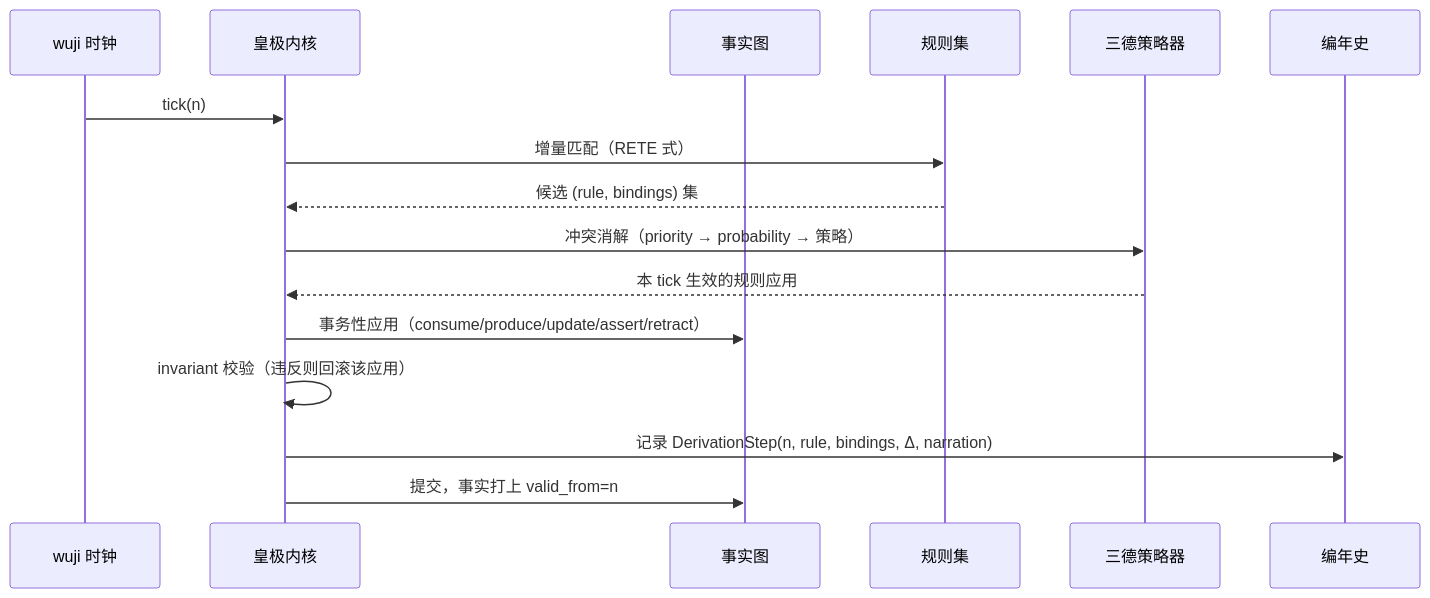
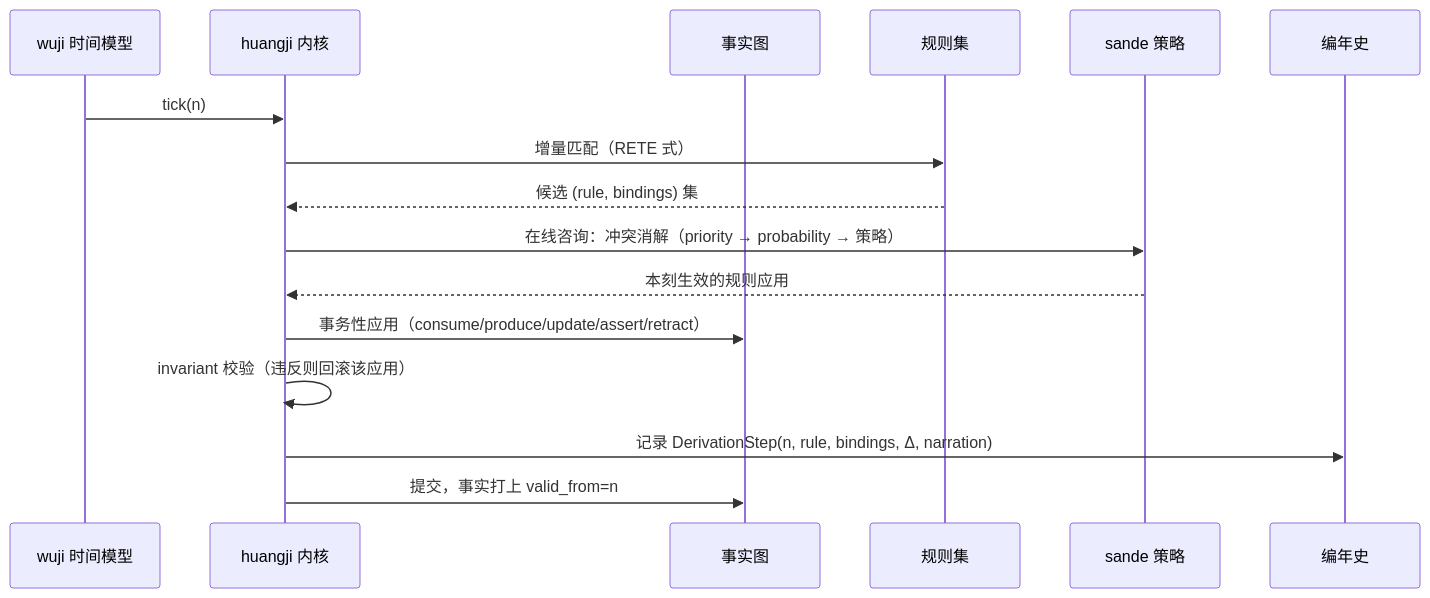
The second of 3 diagrams in DESIGN.md (lykling/hongfan), drawn with Mermaid before and after one commit. The commit also changed other lines of this file, not shown here.

````diff
--- a/DESIGN.md
+++ b/DESIGN.md
@@ -260,18 +321,18 @@
 ```mermaid
 sequenceDiagram
-    participant CLK as wuji 时钟
-    participant M as 皇极内核
+    participant CLK as wuji 时间模型
+    participant M as huangji 内核
     participant FB as 事实图
     participant R as 规则集
-    participant P as 三德策略器
+    participant P as sande 策略
     participant L as 编年史
     CLK->>M: tick(n)
     M->>R: 增量匹配（RETE 式）
     R-->>M: 候选 (rule, bindings) 集
-    M->>P: 冲突消解（priority → probability → 策略）
-    P-->>M: 本 tick 生效的规则应用
+    M->>P: 在线咨询：冲突消解（priority → probability → 策略）
+    P-->>M: 本刻生效的规则应用
     M->>FB: 事务性应用（consume/produce/update/assert/retract）
     M->>M: invariant 校验（违反则回滚该应用）
     M->>L: 记录 DerivationStep(n, rule, bindings, Δ, narration)
     M->>FB: 提交，事实打上 valid_from=n
 ```
````
